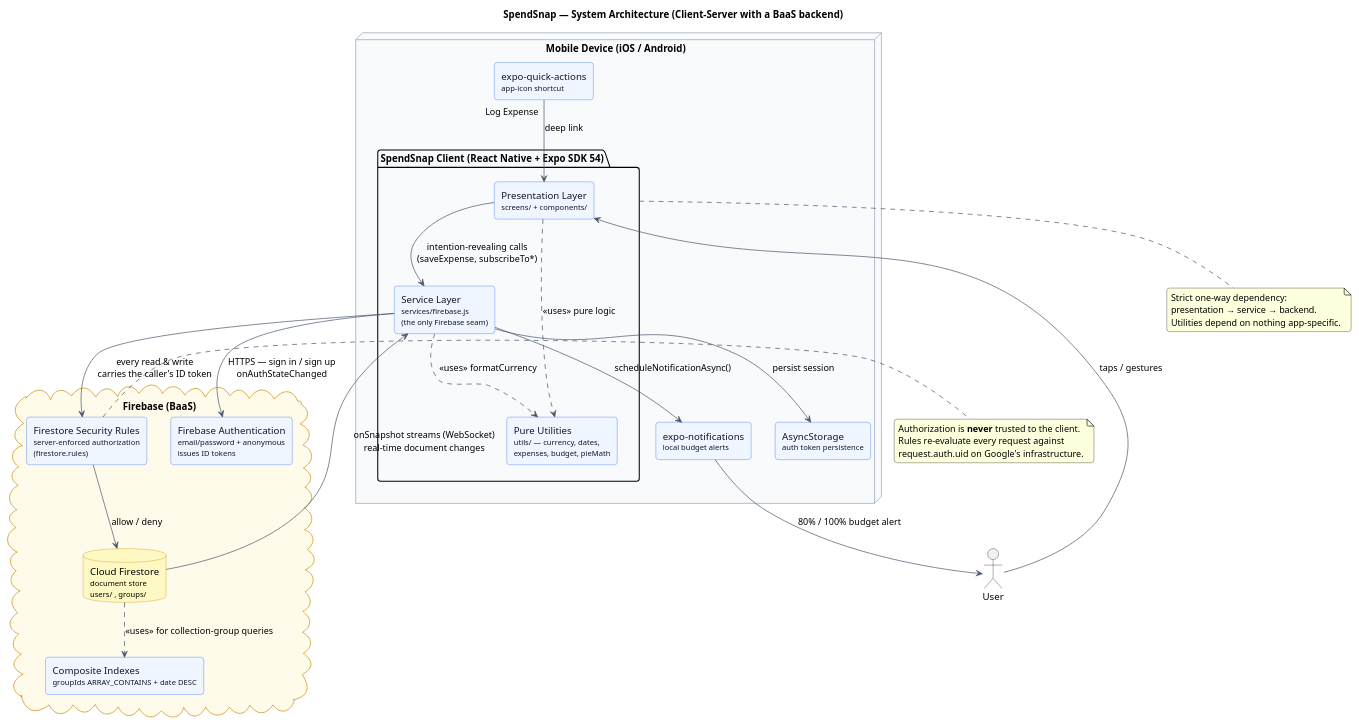
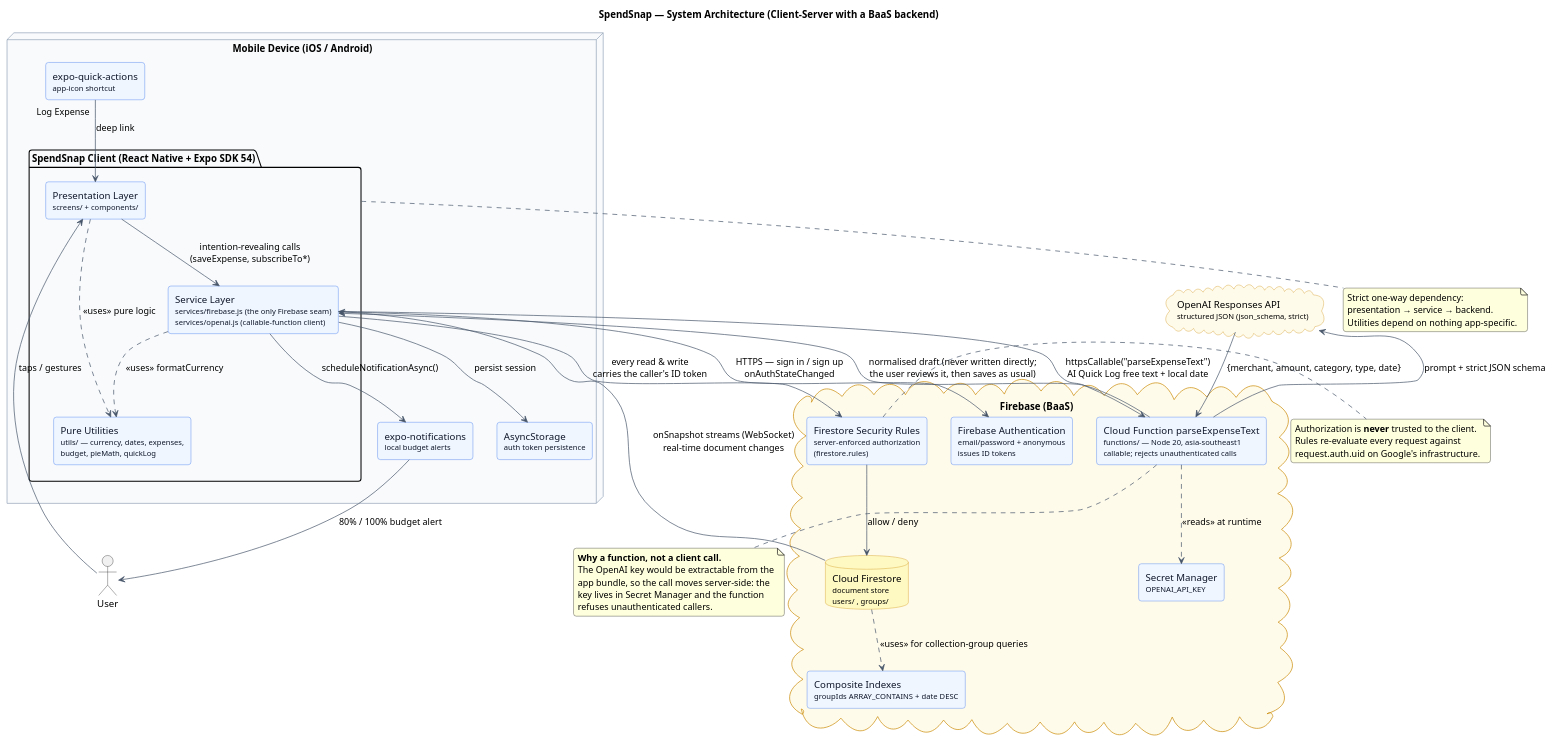
The diagram in docs/diagrams/01-system-architecture.puml (GeraldFSE/SpendSnap), drawn with PlantUML before and after one commit. The commit also changed 18 other files, not shown here.

Commit message:
edited diagrams for feature/ai-quick-log

```diff
--- a/docs/diagrams/01-system-architecture.puml
+++ b/docs/diagrams/01-system-architecture.puml
@@ -1,80 +1,99 @@
 @startuml 01-system-architecture
 ' SpendSnap — System (deployment) architecture.
 ' Shows the client-server split: the Expo app is the client, Firebase is the server tier.
 
 title SpendSnap — System Architecture (Client–Server with a BaaS backend)
 
 skinparam backgroundColor #FFFFFF
 skinparam shadowing false
 skinparam roundcorner 8
 skinparam ArrowColor #475569
 skinparam componentStyle rectangle
 skinparam component {
   BackgroundColor #EFF6FF
   BorderColor #2563EB
   FontColor #0F172A
 }
 skinparam database {
   BackgroundColor #FEF9C3
   BorderColor #CA8A04
 }
 skinparam node {
   BackgroundColor #F8FAFC
   BorderColor #94A3B8
 }
 skinparam cloud {
   BackgroundColor #FFFBEB
   BorderColor #CA8A04
 }
 
 actor "User" as USER
 
 node "Mobile Device (iOS / Android)" as DEVICE {
 
   package "SpendSnap Client (React Native + Expo SDK 54)" as CLIENT {
     component "Presentation Layer\n<size:11>screens/ + components/</size>" as UI
-    component "Service Layer\n<size:11>services/firebase.js</size>\n<size:11>(the only Firebase seam)</size>" as SVC
-    component "Pure Utilities\n<size:11>utils/ — currency, dates,</size>\n<size:11>expenses, budget, pieMath</size>" as UTILS
+    component "Service Layer\n<size:11>services/firebase.js (the only Firebase seam)</size>\n<size:11>services/openai.js (callable-function client)</size>" as SVC
+    component "Pure Utilities\n<size:11>utils/ — currency, dates, expenses,</size>\n<size:11>budget, pieMath, quickLog</size>" as UTILS
   }
 
   component "expo-notifications\n<size:11>local budget alerts</size>" as NOTIF
   component "AsyncStorage\n<size:11>auth token persistence</size>" as STORE
   component "expo-quick-actions\n<size:11>app-icon shortcut</size>" as QA
 }
 
 cloud "Firebase (BaaS)" as FIREBASE {
   component "Firebase Authentication\n<size:11>email/password + anonymous</size>\n<size:11>issues ID tokens</size>" as AUTH
   component "Firestore Security Rules\n<size:11>server-enforced authorization</size>\n<size:11>(firestore.rules)</size>" as RULES
   database "Cloud Firestore\n<size:11>document store</size>\n<size:11>users/ , groups/</size>" as FS
   component "Composite Indexes\n<size:11>groupIds ARRAY_CONTAINS + date DESC</size>" as IDX
+
+  component "Cloud Function  parseExpenseText\n<size:11>functions/ — Node 20, asia-southeast1</size>\n<size:11>callable; rejects unauthenticated calls</size>" as FN
+  component "Secret Manager\n<size:11>OPENAI_API_KEY</size>" as SECRET
 }
+
+cloud "OpenAI Responses API\n<size:11>structured JSON (json_schema, strict)</size>" as OPENAI
 
 USER --> UI : taps / gestures
 QA --> UI : "Log Expense" deep link
 NOTIF --> USER : 80% / 100% budget alert
 
 UI --> SVC : intention-revealing calls\n(saveExpense, subscribeTo*)
 UI ..> UTILS : <<uses>> pure logic
 SVC ..> UTILS : <<uses>> formatCurrency
 SVC --> NOTIF : scheduleNotificationAsync()
 SVC --> STORE : persist session
 
 SVC --> AUTH : HTTPS — sign in / sign up\nonAuthStateChanged
 SVC --> RULES : every read & write\ncarries the caller's ID token
 RULES --> FS : allow / deny
 FS --> SVC : onSnapshot streams (WebSocket)\nreal-time document changes
 FS ..> IDX : <<uses>> for collection-group queries
 
+SVC --> FN : httpsCallable("parseExpenseText")\nAI Quick Log free text + local date
+FN ..> SECRET : <<reads>> at runtime
+FN --> OPENAI : prompt + strict JSON schema
+OPENAI --> FN : {merchant, amount, category, type, date}
+FN --> SVC : normalised draft (never written directly;\nthe user reviews it, then saves as usual)
+
 note right of RULES
   Authorization is **never** trusted to the client.
   Rules re-evaluate every request against
   request.auth.uid on Google's infrastructure.
 end note
 
 note bottom of CLIENT
   Strict one-way dependency:
   presentation → service → backend.
   Utilities depend on nothing app-specific.
 end note
 
+note bottom of FN
+  **Why a function, not a client call.**
+  The OpenAI key would be extractable from the
+  app bundle, so the call moves server-side: the
+  key lives in Secret Manager and the function
+  refuses unauthenticated callers.
+end note
+
 @enduml
```
